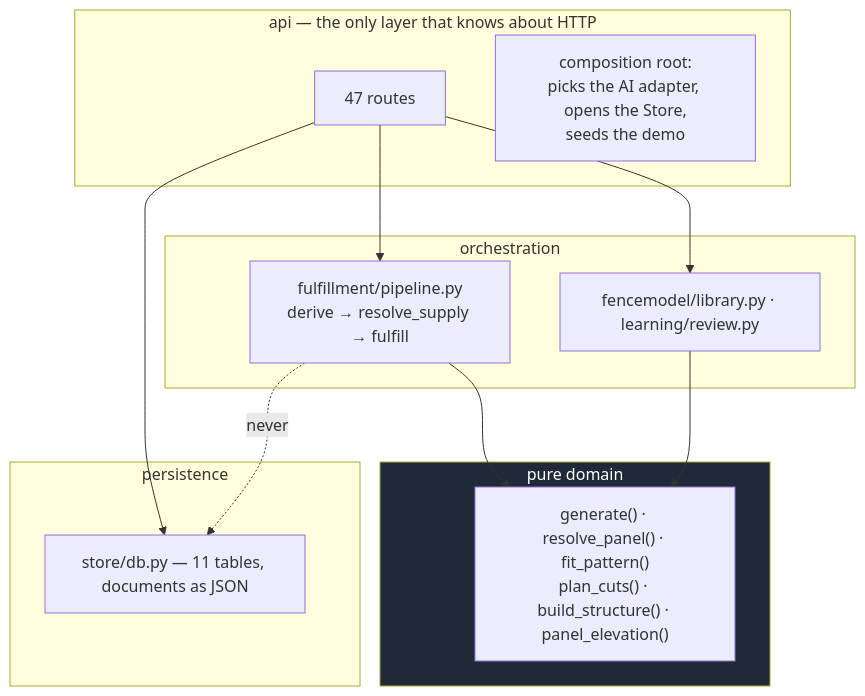
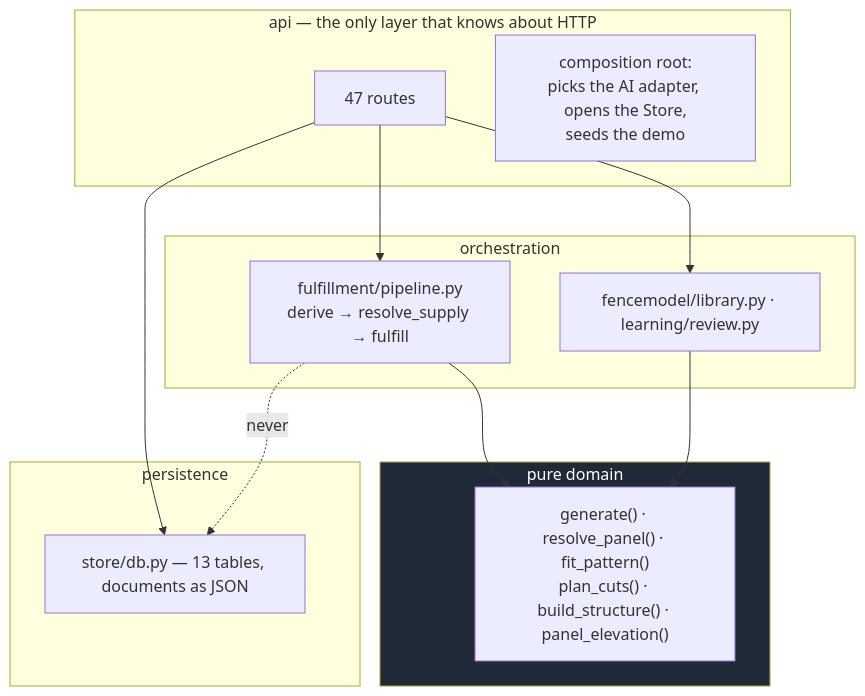
One commit to spicysauce1955-stack/BOM changed the diagram in docs/architecture/04-backend.md. Above: the diagram before and after it, drawn with Mermaid. The commit also changed other lines of this file and 14 other files, not shown here.

````diff
--- a/docs/architecture/04-backend.md
+++ b/docs/architecture/04-backend.md
@@ -10,26 +10,26 @@
 ```mermaid
 flowchart TB
     subgraph L1["api — the only layer that knows about HTTP"]
         R["47 routes"]
         CR["composition root:<br/>picks the AI adapter, opens the Store,<br/>seeds the demo"]
     end
     subgraph L2["orchestration"]
         PI["fulfillment/pipeline.py<br/>derive → resolve_supply → fulfill"]
         LI["fencemodel/library.py · learning/review.py"]
     end
     subgraph L3["pure domain"]
         PD["generate() · resolve_panel() · fit_pattern()<br/>plan_cuts() · build_structure() · panel_elevation()"]
     end
     subgraph L4["persistence"]
-        ST["store/db.py — 11 tables, documents as JSON"]
+        ST["store/db.py — 13 tables, documents as JSON"]
     end
 
     R --> PI
     R --> LI
     PI --> PD
     LI --> PD
     R --> ST
     PI -.->|"never"| ST
 
     style L3 fill:#1f2937,color:#fff
 ```
````
